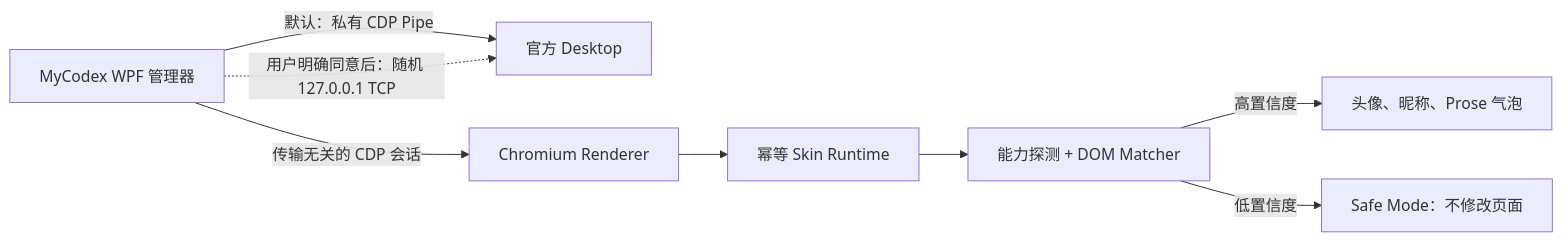
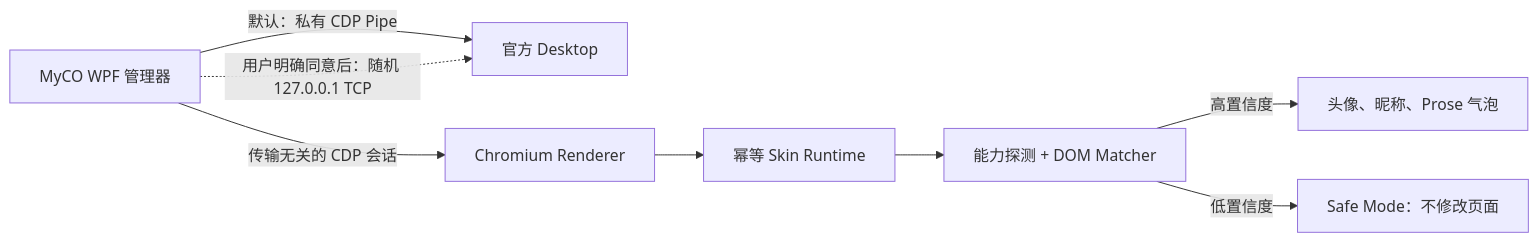
One commit to crikok0721/MyCO changed the first of 2 diagrams in README.md. Above: the diagram before and after it, drawn with Mermaid. The commit also changed other lines of this file and 271 other files, not shown here.

````diff
--- a/README.md
+++ b/README.md
@@ -48,10 +50,10 @@
 ```mermaid
 flowchart LR
-  M["MyCodex WPF 管理器"] -->|"默认：私有 CDP Pipe"| D["官方 Desktop"]
+  M["MyCO WPF 管理器"] -->|"默认：私有 CDP Pipe"| D["官方 Desktop"]
   M -. "用户明确同意后：随机 127.0.0.1 TCP" .-> D
   M -->|"传输无关的 CDP 会话"| R["Chromium Renderer"]
   R --> I["幂等 Skin Runtime"]
   I --> P["能力探测 + DOM Matcher"]
   P -->|"高置信度"| S["头像、昵称、Prose 气泡"]
   P -->|"低置信度"| F["Safe Mode：不修改页面"]
 ```
````
